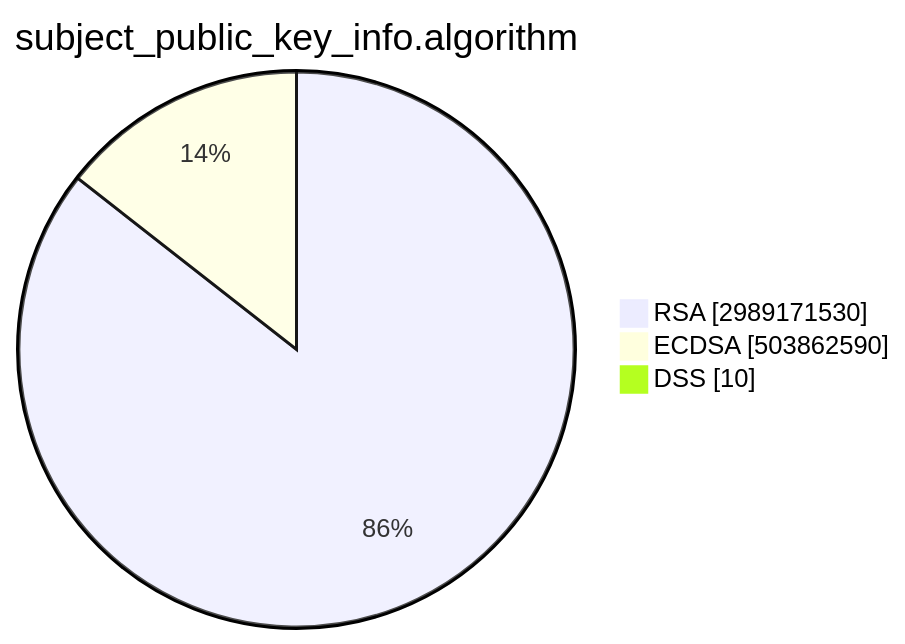
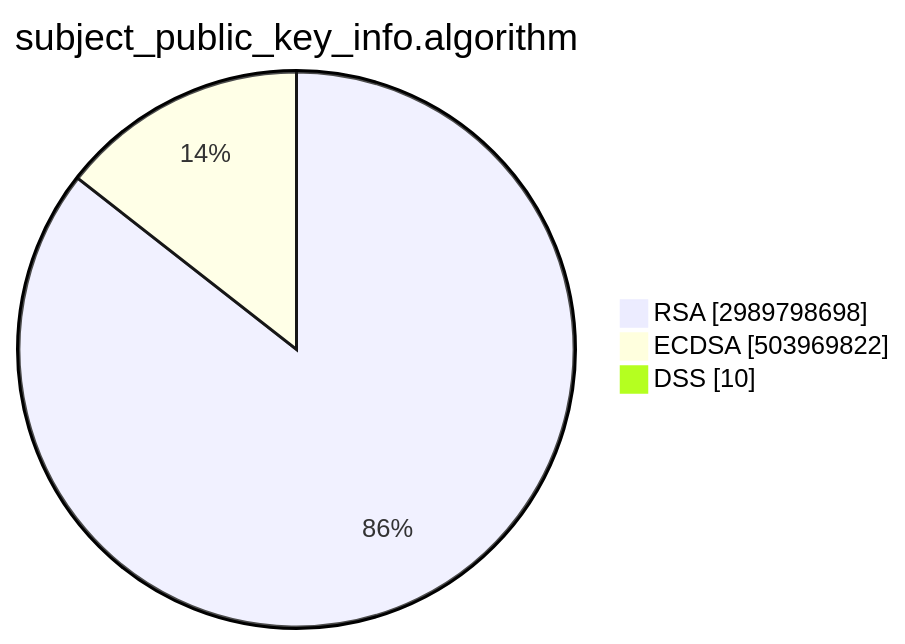
One commit to christiankrug/ctmonitor_visualization changed the second of 15 diagrams in TOTAL/README.md. Above: the diagram before and after it, drawn with Mermaid. The commit also changed other lines of this file, not shown here.

````diff
--- a/TOTAL/README.md
+++ b/TOTAL/README.md
@@ -6,7 +6,7 @@
 ```mermaid
 pie showData
 title subject_public_key_info.algorithm
-"RSA" :2989171530
-"ECDSA" :503862590
+"RSA" :2989798698
+"ECDSA" :503969822
 "DSS" :10
 ```
````
